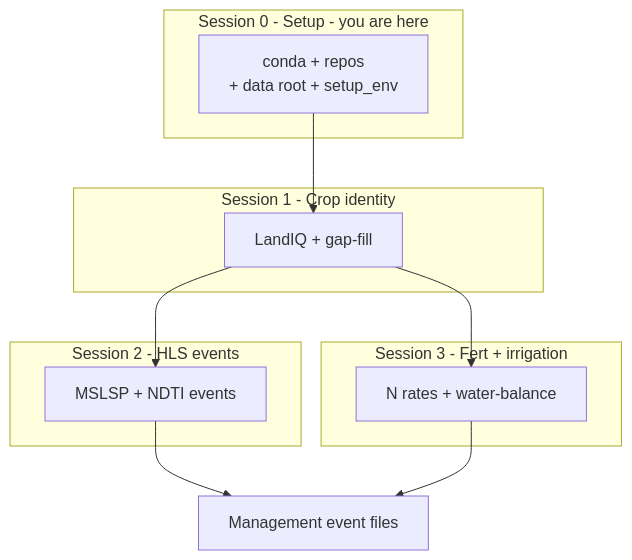
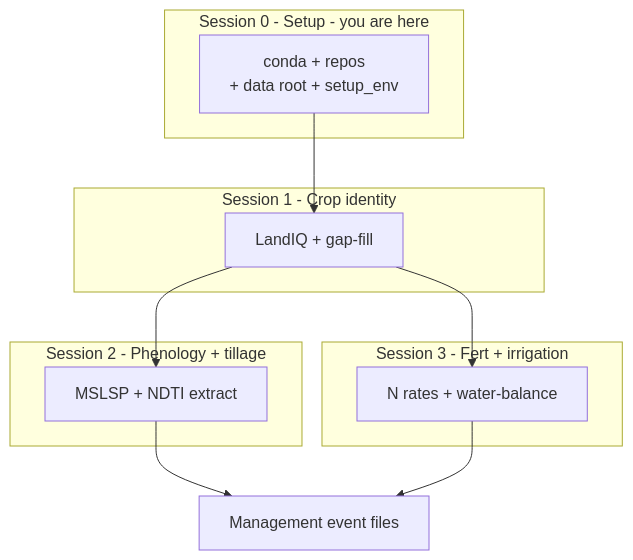
The diagram in modules/data.remote/inst/ccmmf/documentation/sessions/00-setup.md (PecanProject/pecan), drawn with Mermaid before and after one commit. The commit also changed other lines of this file, not shown here.

First line of the commit message:
Polish Session 0 setup docs for the new data layout.

````diff
--- a/modules/data.remote/inst/ccmmf/documentation/sessions/00-setup.md
+++ b/modules/data.remote/inst/ccmmf/documentation/sessions/00-setup.md
@@ -25,24 +16,24 @@
 ```mermaid
 flowchart TB
   subgraph S0["Session 0 - Setup - you are here"]
     ENV["conda + repos\n+ data root + setup_env"]
   end
 
   subgraph S1["Session 1 - Crop identity"]
     GF["LandIQ + gap-fill"]
   end
 
-  subgraph S2["Session 2 - HLS events"]
-    HLS["MSLSP + NDTI events"]
+  subgraph S2["Session 2 - Phenology + tillage"]
+    S2N["MSLSP + NDTI extract"]
   end
 
   subgraph S3["Session 3 - Fert + irrigation"]
     FI["N rates + water-balance"]
   end
 
   ENV --> GF
-  GF --> HLS
+  GF --> S2N
   GF --> FI
-  HLS --> OUT["Management event files"]
+  S2N --> OUT["Management event files"]
   FI --> OUT
 ```
````
